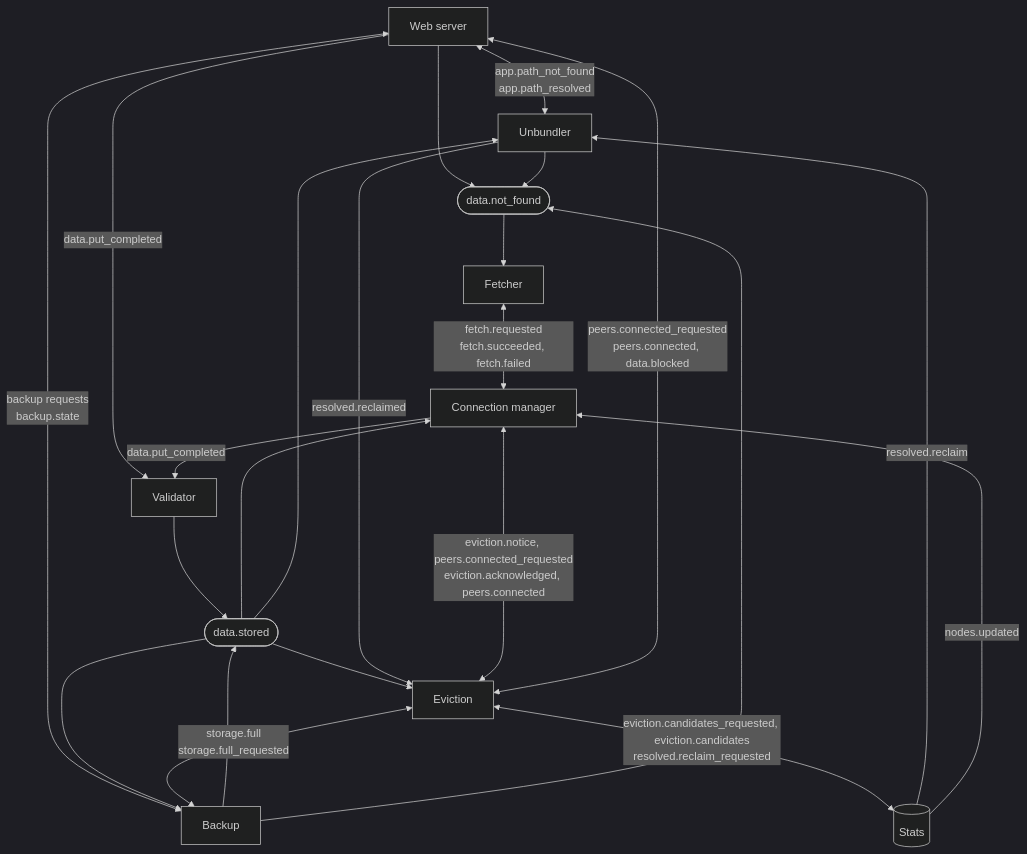
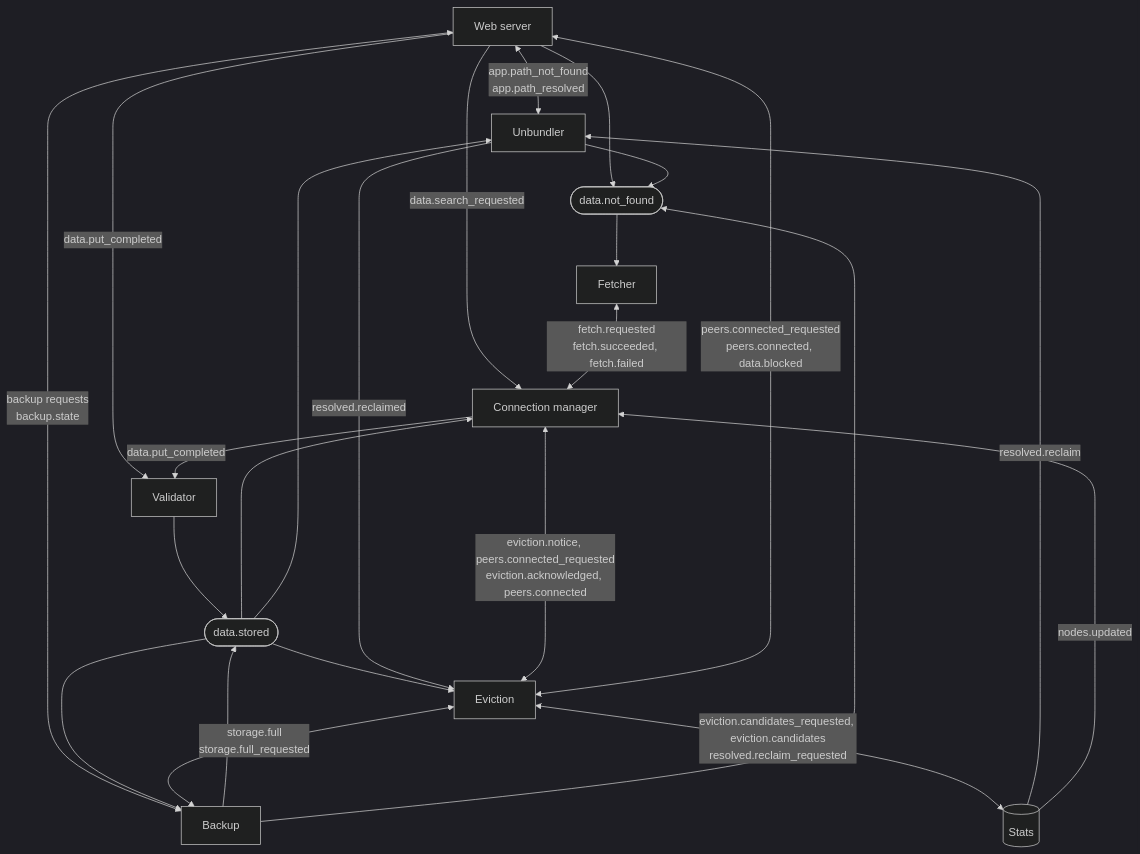
One commit to marcpage/libranet changed the eighth of 13 diagrams in docs/implementation/Module System.md. Above: the diagram before and after it, drawn with Mermaid (dark theme). The commit also changed other lines of this file and 30 other files, not shown here.

````diff
--- a/docs/implementation/Module System.md
+++ b/docs/implementation/Module System.md
@@ -963,36 +969,37 @@
 ```mermaid
 flowchart TB
     web["Web server"]
     unb["Unbundler"]
     backup["Backup"]
     val["Validator"]
     fetch["Fetcher"]
     conn["Connection manager"]
     evict["Eviction"]
     stats[("Stats")]
     stored(["data.stored"])
     missing(["data.not_found"])
 
     web <-->|"app.path_not_found<br/>app.path_resolved"| unb
     web <-->|"backup requests<br/>backup.state"| backup
     web -->|"data.put_completed"| val
+    web -->|"data.search_requested"| conn
     conn -->|"data.put_completed"| val
     val --> stored
     backup --> stored
     stored --> conn
     stored --> evict
     stored --> backup
     stored --> unb
     web --> missing
     unb --> missing
     backup --> missing
     missing --> fetch
     fetch <-->|"fetch.requested<br/>fetch.succeeded, fetch.failed"| conn
     evict <-->|"eviction.notice, peers.connected_requested<br/>eviction.acknowledged, peers.connected"| conn
     evict <-->|"peers.connected_requested<br/>peers.connected, data.blocked"| web
     evict <-->|"storage.full<br/>storage.full_requested"| backup
     evict <-->|"eviction.candidates_requested, eviction.candidates<br/>resolved.reclaim_requested"| stats
     stats -->|"resolved.reclaim"| unb
     unb -->|"resolved.reclaimed"| evict
     stats -->|"nodes.updated"| conn
 ```
````
